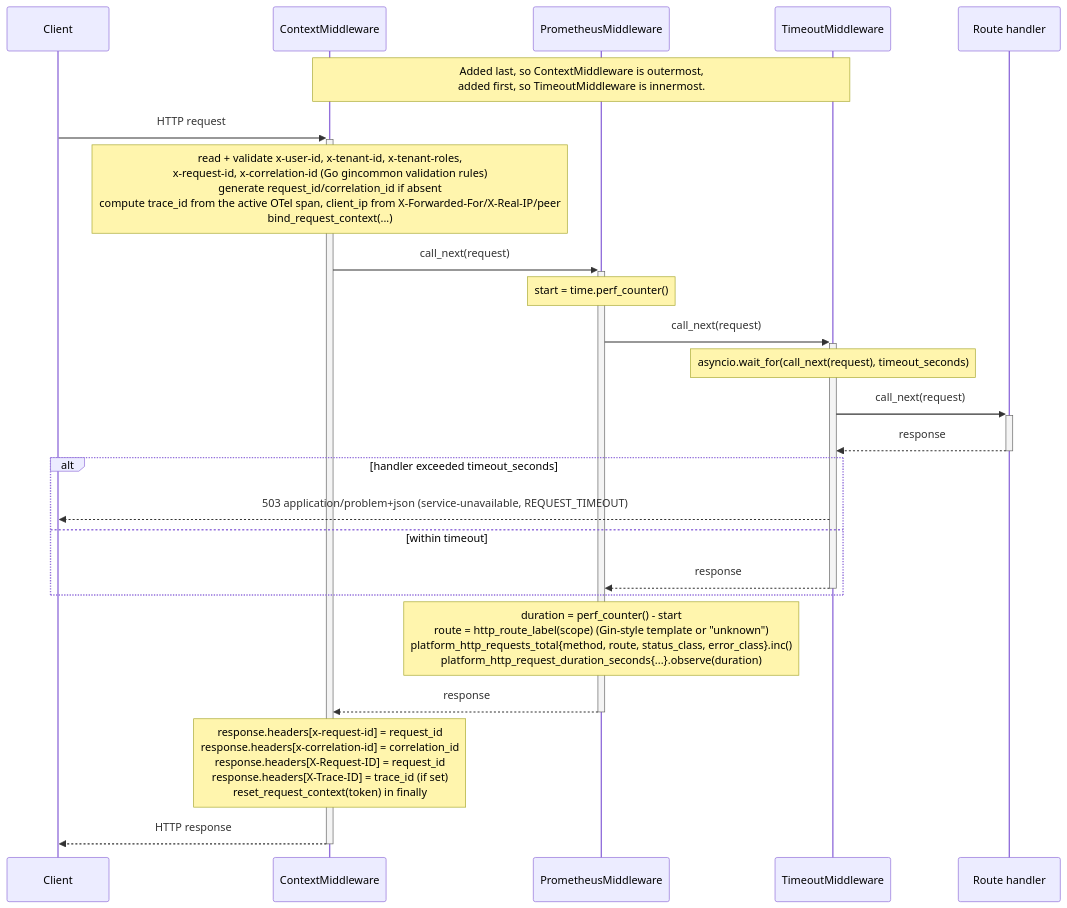
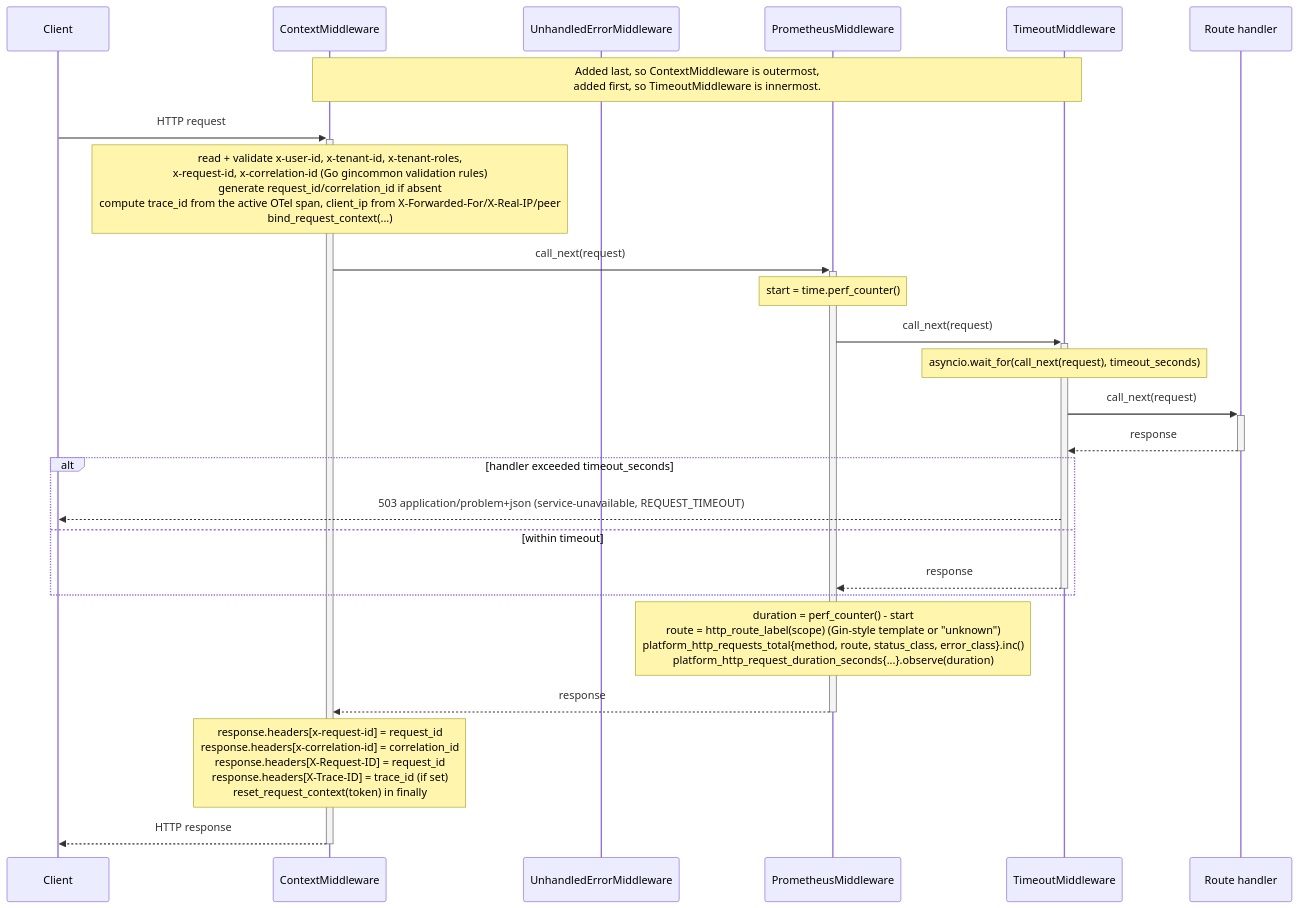
One commit to BCBP-SOLUTIONS-FZC-LLC/platform-fastapicommon changed the third of 11 diagrams in ARCHITECTURE.md. Above: the diagram before and after it, drawn with Mermaid. The commit also changed other lines of this file and 11 other files, not shown here.

````diff
--- a/ARCHITECTURE.md
+++ b/ARCHITECTURE.md
@@ -258,35 +258,36 @@
 ```mermaid
 sequenceDiagram
     participant Client
     participant CM as ContextMiddleware
+    participant UE as UnhandledErrorMiddleware
     participant PM as PrometheusMiddleware
     participant TM as TimeoutMiddleware
     participant H as Route handler
 
     Note over CM,TM: Added last, so ContextMiddleware is outermost,<br/>added first, so TimeoutMiddleware is innermost.
 
     Client ->>+ CM: HTTP request
     Note over CM: read + validate x-user-id, x-tenant-id, x-tenant-roles,<br/>x-request-id, x-correlation-id (Go gincommon validation rules)<br/>generate request_id/correlation_id if absent<br/>compute trace_id from the active OTel span, client_ip from X-Forwarded-For/X-Real-IP/peer<br/>bind_request_context(...)
 
     CM ->>+ PM: call_next(request)
     Note over PM: start = time.perf_counter()
 
     PM ->>+ TM: call_next(request)
     Note over TM: asyncio.wait_for(call_next(request), timeout_seconds)
 
     TM ->>+ H: call_next(request)
     H -->>- TM: response
 
     alt handler exceeded timeout_seconds
         TM -->> Client: 503 application/problem+json (service-unavailable, REQUEST_TIMEOUT)
     else within timeout
         TM -->>- PM: response
     end
 
     Note over PM: duration = perf_counter() - start<br/>route = http_route_label(scope) (Gin-style template or "unknown")<br/>platform_http_requests_total{method, route, status_class, error_class}.inc()<br/>platform_http_request_duration_seconds{...}.observe(duration)
 
     PM -->>- CM: response
     Note over CM: response.headers[x-request-id] = request_id<br/>response.headers[x-correlation-id] = correlation_id<br/>response.headers[X-Request-ID] = request_id<br/>response.headers[X-Trace-ID] = trace_id (if set)<br/>reset_request_context(token) in finally
 
     CM -->>- Client: HTTP response
 ```
````
